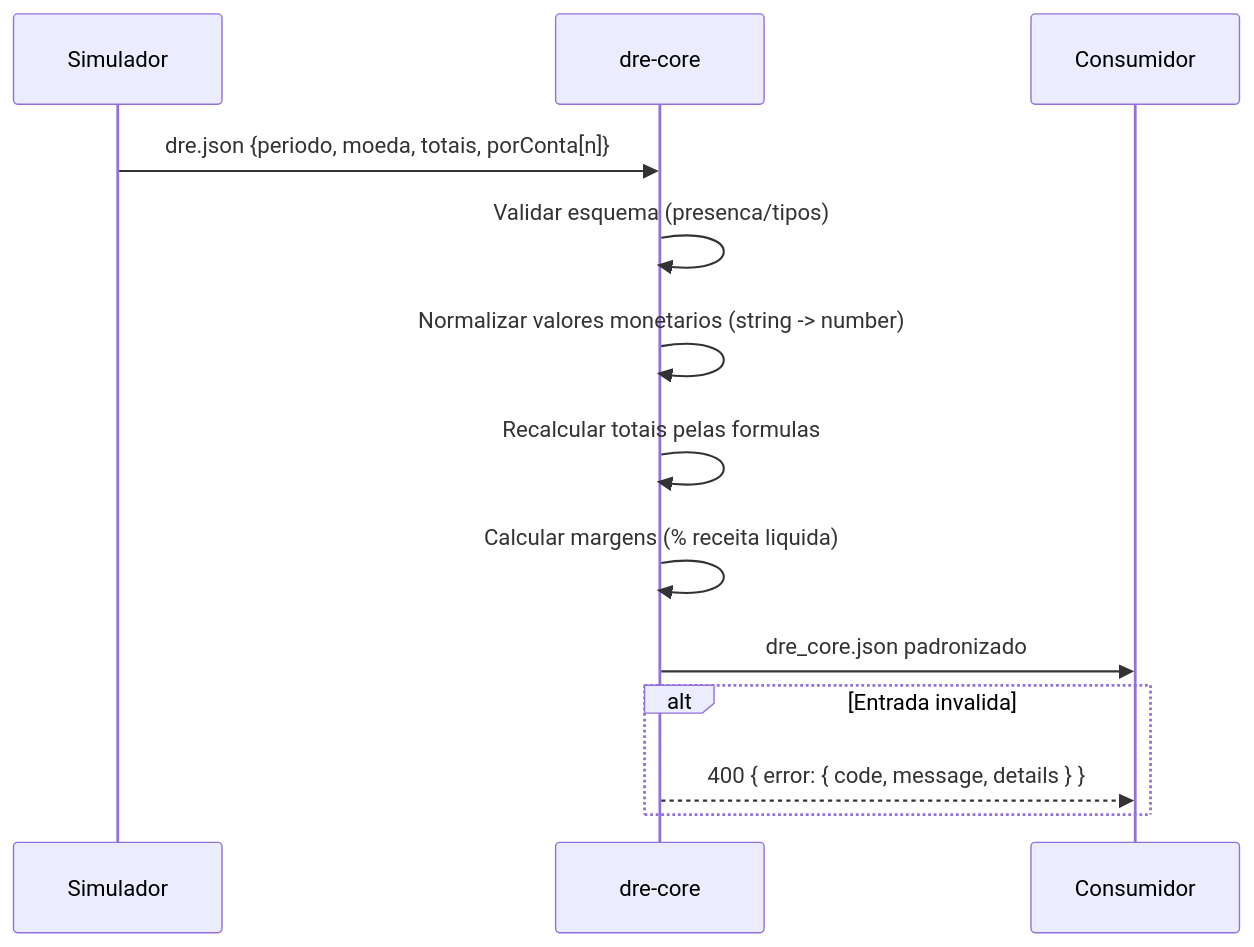
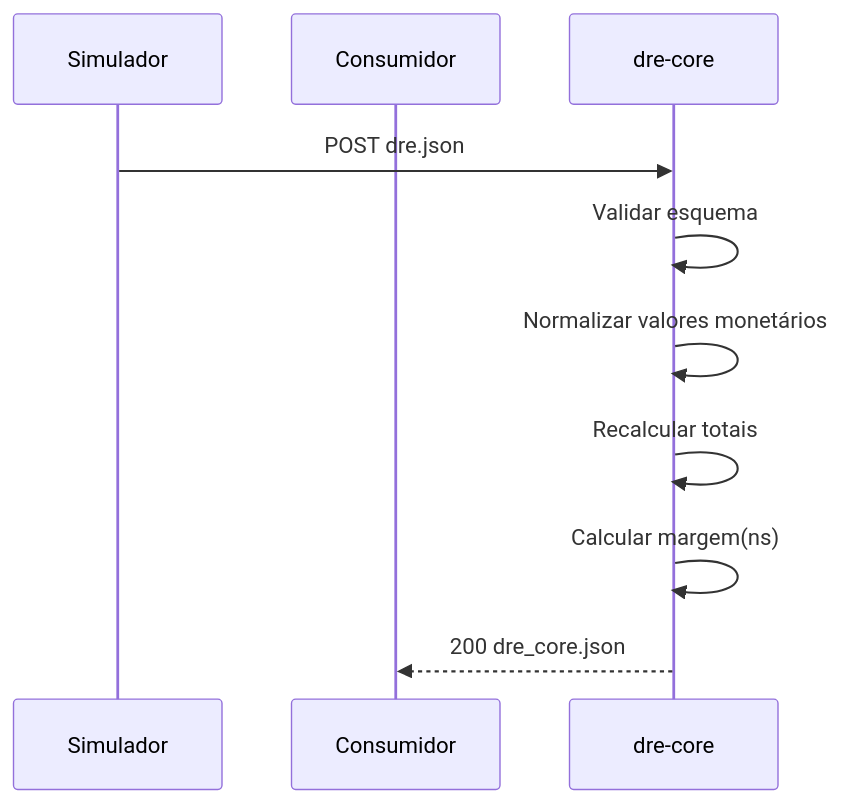
One commit to DyegoMaas/estrutura-treinamento-dev-acelerado-por-ia changed the fourth of 5 diagrams in 01-dre/specs/2025-10-30-dre-core/design.md. Above: the diagram before and after it, drawn with Mermaid. The commit also changed other lines of this file and 6 other files, not shown here.

````diff
--- a/01-dre/specs/2025-10-30-dre-core/design.md
+++ b/01-dre/specs/2025-10-30-dre-core/design.md
@@ -14,16 +52,12 @@
 ```mermaid
 sequenceDiagram
-  participant Sim as Simulador
-  participant Core as dre-core
-  participant Out as Consumidor
-
-  Sim->>Core: dre.json {periodo, moeda, totais, porConta[n]}
-  Core->>Core: Validar esquema (presenca/tipos)
-  Core->>Core: Normalizar valores monetarios (string -> number)
-  Core->>Core: Recalcular totais pelas formulas
-  Core->>Core: Calcular margens (% receita liquida)
-  Core->>Out: dre_core.json padronizado
-  alt Entrada invalida
-    Core-->>Out: 400 { error: { code, message, details } }
-  end
+  participant S as Simulador
+  participant C as Consumidor
+  participant D as dre-core
+  S->>D: POST dre.json
+  D->>D: Validar esquema
+  D->>D: Normalizar valores monetários
+  D->>D: Recalcular totais
+  D->>D: Calcular margem(ns)
+  D-->>C: 200 dre_core.json
 ```
````
